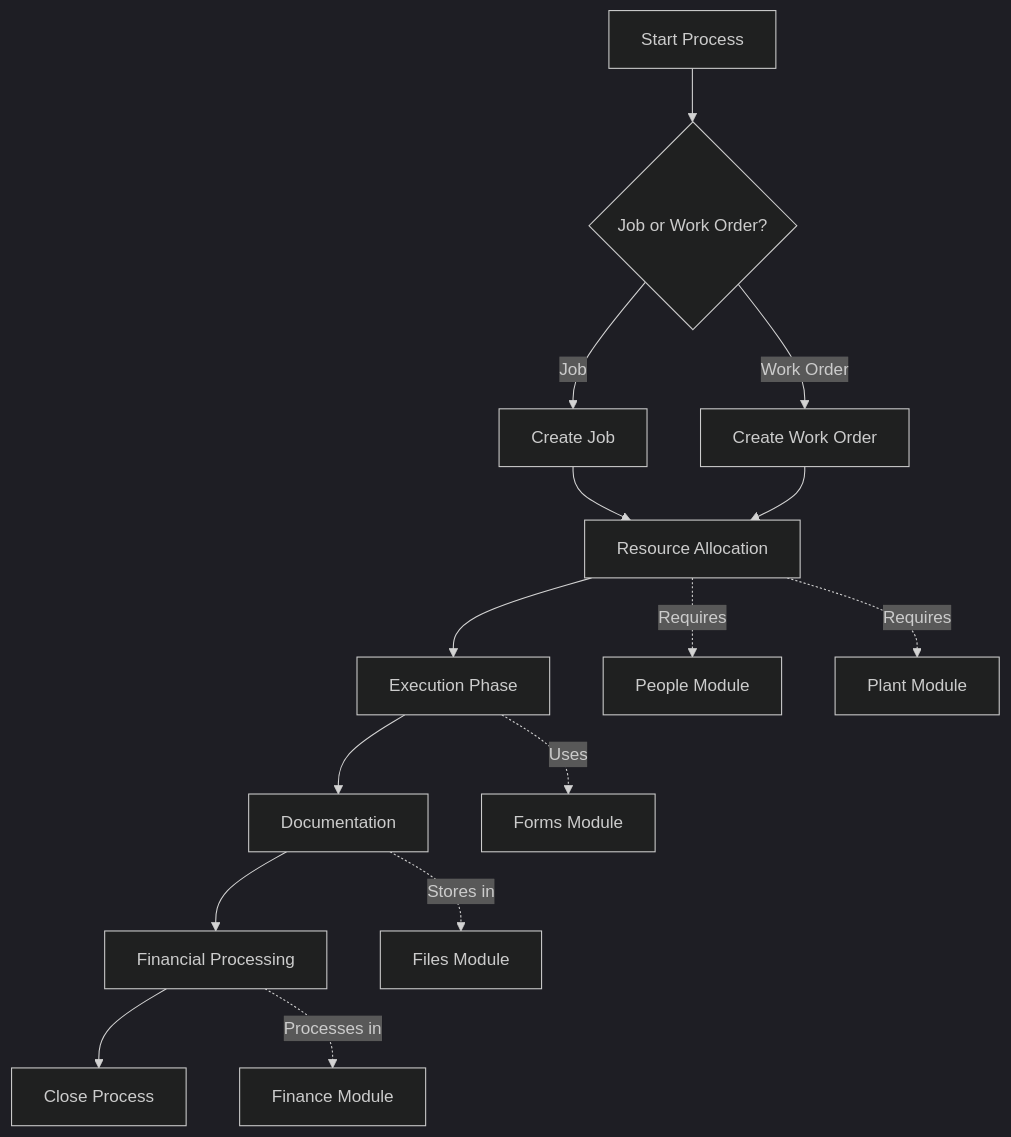
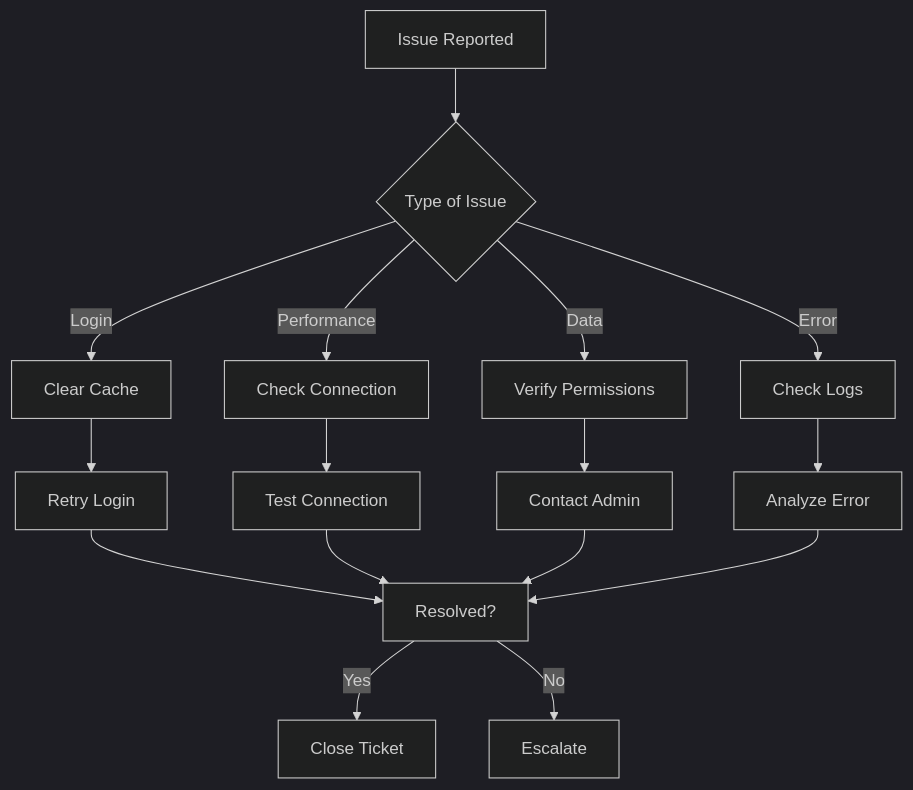
One commit to Behrang-Bina-Cloudcon/prestartrdocs changed the tenth of 11 diagrams in readme.md. Above: the diagram before and after it, drawn with Mermaid (dark theme). The commit also changed other lines of this file and 1 other file, not shown here.

````diff
--- a/readme.md
+++ b/readme.md
@@ -70,21 +320,21 @@
 ```mermaid
-flowchart TD
-    A[Start Process] --> B{Job or Work Order?}
-    B -->|Job| C[Create Job]
-    B -->|Work Order| D[Create Work Order]
+graph TD
+    A[Issue Reported] --> B{Type of Issue}
+    B -->|Login| C[Clear Cache]
+    B -->|Performance| D[Check Connection]
+    B -->|Data| E[Verify Permissions]
+    B -->|Error| F[Check Logs]
     
-    C --> E[Resource Allocation]
-    D --> E
+    C --> G[Retry Login]
+    D --> H[Test Connection]
+    E --> I[Contact Admin]
+    F --> J[Analyze Error]
     
-    E --> F[Execution Phase]
-    F --> G[Documentation]
-    G --> H[Financial Processing]
-    H --> I[Close Process]
+    G --> K[Resolved?]
+    H --> K
+    I --> K
+    J --> K
     
-    %% Resource Links
-    E -.->|Requires| J[People Module]
-    E -.->|Requires| K[Plant Module]
-    F -.->|Uses| L[Forms Module]
-    G -.->|Stores in| M[Files Module]
-    H -.->|Processes in| N[Finance Module]
+    K -->|Yes| L[Close Ticket]
+    K -->|No| M[Escalate]
 ```
````
